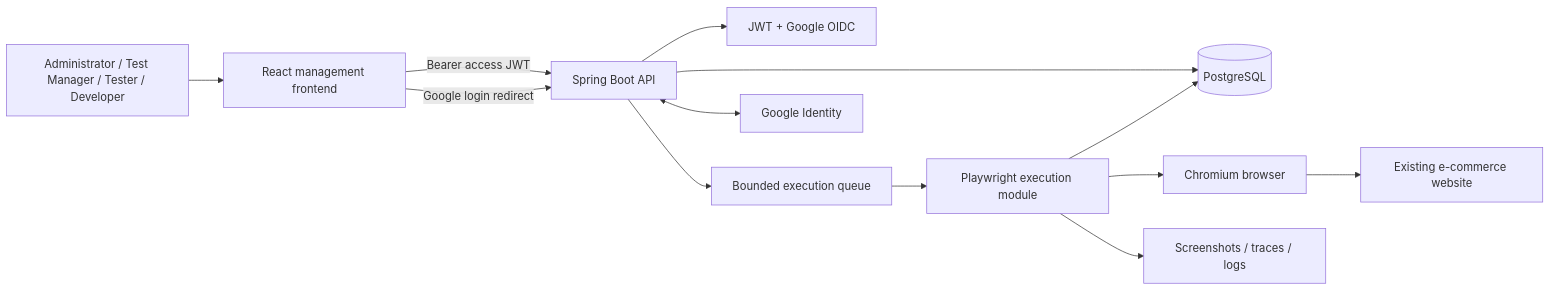
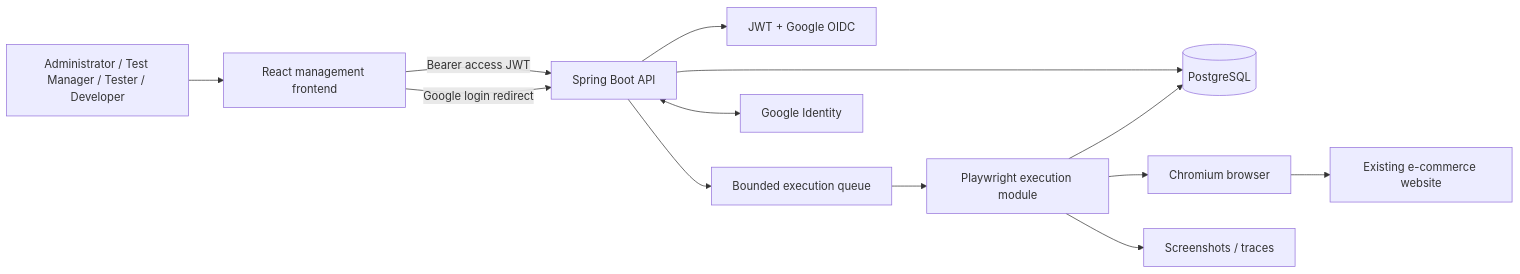
Before and after one commit to Megumi2910/testops-platform: the diagram in README.md, drawn with Mermaid. The commit also changed other lines of this file and 26 other files, not shown here.

````diff
--- a/README.md
+++ b/README.md
@@ -55,27 +57,27 @@
 ```mermaid
 flowchart LR
     User["Administrator / Test Manager / Tester / Developer"]
     Web["React management frontend"]
     API["Spring Boot API"]
     Auth["JWT + Google OIDC"]
     DB[("PostgreSQL")]
     Queue["Bounded execution queue"]
     Runner["Playwright execution module"]
     Browser["Chromium browser"]
     Shop["Existing e-commerce website"]
-    Artifacts["Screenshots / traces / logs"]
+    Artifacts["Screenshots / traces"]
     Google["Google Identity"]
 
     User --> Web
     Web -->|"Bearer access JWT"| API
     Web -->|"Google login redirect"| API
     API <--> Google
     API --> Auth
     API --> DB
     API --> Queue
     Queue --> Runner
     Runner --> Browser
     Browser --> Shop
     Runner --> DB
     Runner --> Artifacts
 ```
````
